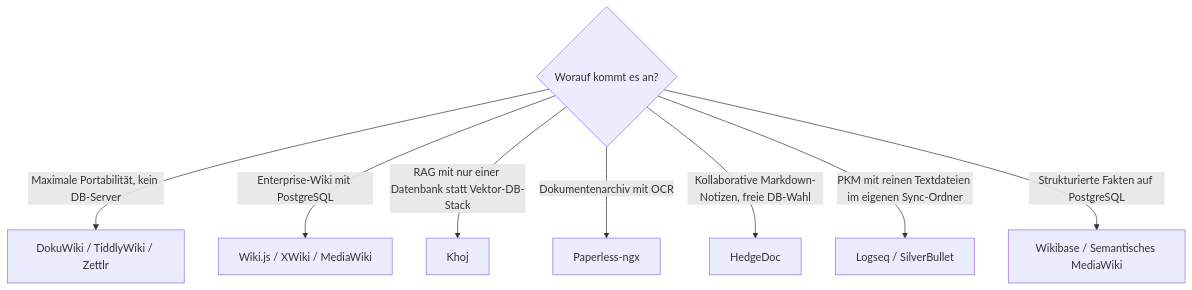
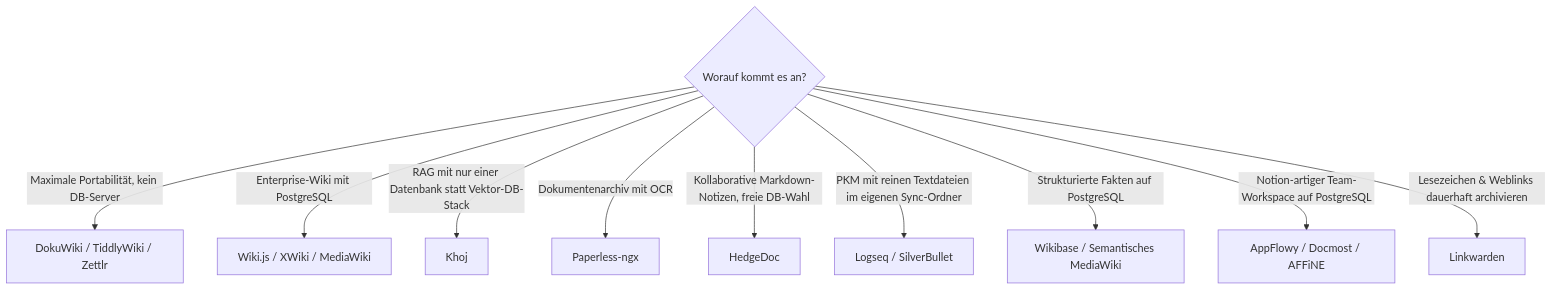
One commit to thorstenkloehn/dokument changed the third of 3 diagrams in docs/wissen/dokumentation/postgresql-dateiformat-wissenssysteme-2026-topliste.md. Above: the diagram before and after it, drawn with Mermaid. The commit also changed other lines of this file and 18 other files, not shown here.

First line of the commit message:
docs: AppFlowy und Linkwarden in PostgreSQL/Dateiformat-Topliste ergänzen

````diff
--- a/docs/wissen/dokumentation/postgresql-dateiformat-wissenssysteme-2026-topliste.md
+++ b/docs/wissen/dokumentation/postgresql-dateiformat-wissenssysteme-2026-topliste.md
@@ -115,10 +125,12 @@
 ```mermaid
 graph TD
     Ziel{"Worauf kommt es an?"} -->|"Maximale Portabilität, kein DB-Server"| A["DokuWiki / TiddlyWiki / Zettlr"]
     Ziel -->|"Enterprise-Wiki mit PostgreSQL"| B["Wiki.js / XWiki / MediaWiki"]
     Ziel -->|"RAG mit nur einer Datenbank statt Vektor-DB-Stack"| C["Khoj"]
     Ziel -->|"Dokumentenarchiv mit OCR"| D["Paperless-ngx"]
     Ziel -->|"Kollaborative Markdown-Notizen, freie DB-Wahl"| E["HedgeDoc"]
     Ziel -->|"PKM mit reinen Textdateien im eigenen Sync-Ordner"| F["Logseq / SilverBullet"]
     Ziel -->|"Strukturierte Fakten auf PostgreSQL"| G["Wikibase / Semantisches MediaWiki"]
+    Ziel -->|"Notion-artiger Team-Workspace auf PostgreSQL"| H["AppFlowy / Docmost / AFFiNE"]
+    Ziel -->|"Lesezeichen & Weblinks dauerhaft archivieren"| I["Linkwarden"]
 ```
````
